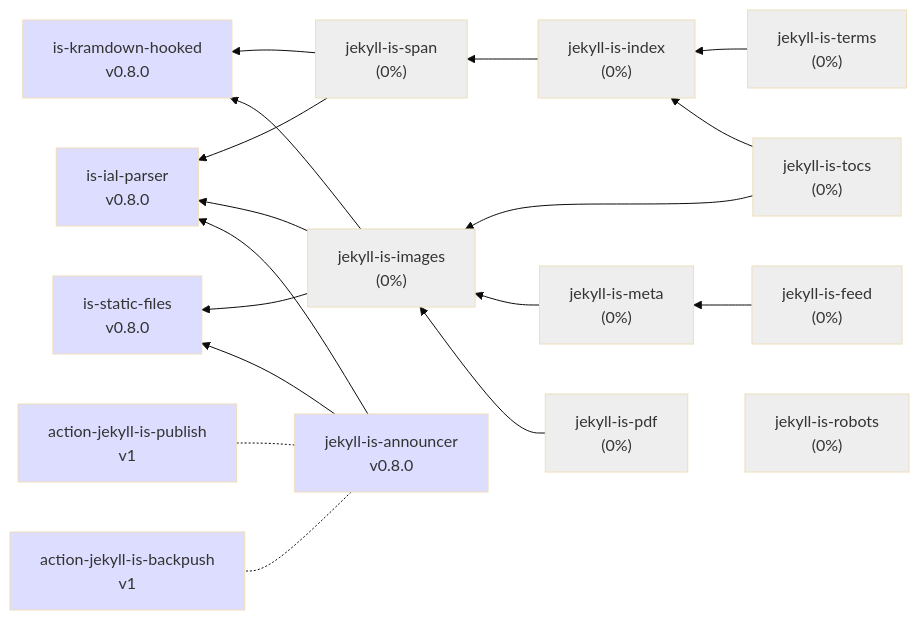
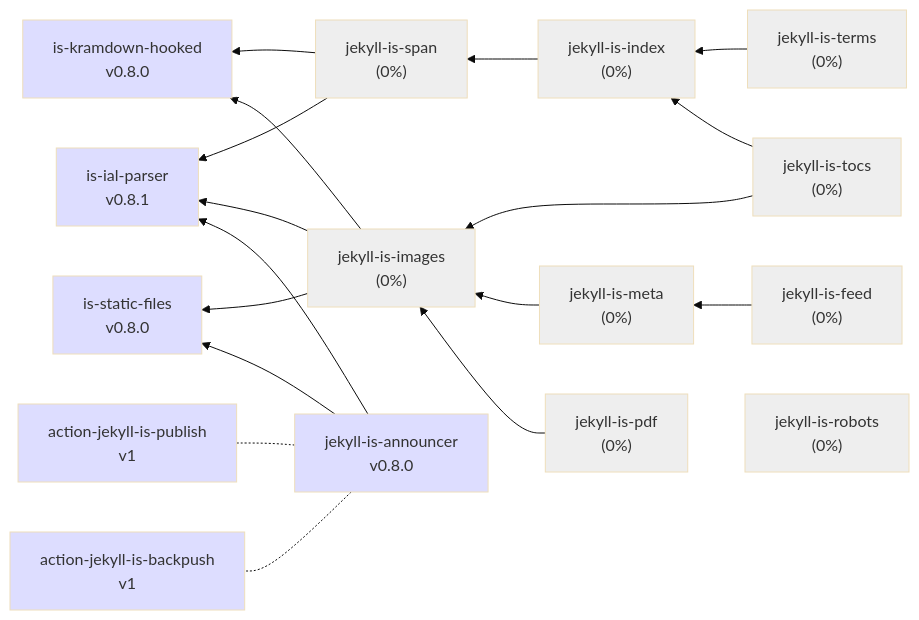
One commit to jekyll-is/.github changed the diagram in profile/README.md. Above: the diagram before and after it, drawn with Mermaid (base theme). The commit also changed other lines of this file, not shown here.

````diff
--- a/profile/README.md
+++ b/profile/README.md
@@ -7,61 +7,61 @@
 ```mermaid
 graph RL
   kramdown["is-kramdown-hooked<br>v0.8.0"]
-  ial["is-ial-parser<br>v0.8.0"]
+  ial["is-ial-parser<br>v0.8.1"]
   statics["is-static-files<br>v0.8.0"]
   span["jekyll-is-span<br>(0%)"] --> kramdown
   span --> ial
   images["jekyll-is-images<br>(0%)"] --> ial
   images --> kramdown
   images --> statics
   index["jekyll-is-index<br>(0%)"] --> span
   abbr["jekyll-is-terms<br>(0%)"] --> index
   tocs["jekyll-is-tocs<br>(0%)"] --> images
   tocs --> index
   meta["jekyll-is-meta<br>(0%)"] --> images
   feed["jekyll-is-feed<br>(0%)"] --> meta
   robots["jekyll-is-robots<br>(0%)"]
   announcer["jekyll-is-announcer<br>v0.8.0"] --> statics
   announcer --> ial
   pdf["jekyll-is-pdf<br>(0%)"] --> images
   act-publish["action-jekyll-is-publish<br>v1"]
   act-backpush["action-jekyll-is-backpush<br>v1"]
   announcer -.- act-publish
   announcer -.- act-backpush
 
 click ial "https://github.com/jekyll-is/is-ial-parser"
 click kramdown "https://github.com/jekyll-is/is-kramdown-hooked"
 click announcer "https://github.com/jekyll-is/jekyll-is-announcer"
 click act-publish "https://github.com/jekyll-is/action-jekyll-is-publish"
 click act-backpush "https://github.com/jekyll-is/action-jekyll-is-backpush"
 click images "https://github.com/jekyll-is/jekyll-is-images"
 click robots "https://github.com/jekyll-is/jekyll-is-robots"
 click meta "https://github.com/jekyll-is/jekyll-is-meta"
 click pdf "https://github.com/jekyll-is/jekyll-is-pdf"
 click tocs "https://github.com/jekyll-is/jekyll-is-tocs"
 click feed "https://github.com/jekyll-is/jekyll-is-feed"
 click index "https://github.com/jekyll-is/jekyll-is-index"
 click span "https://github.com/jekyll-is/jekyll-is-span"
 click abbr "https://github.com/jekyll-is/jekyll-is-terms"
 click statics "https://github.com/jekyll-is/is-static-files"
 
 classDef green fill:#DFD
 classDef gray fill:#EEE
 classDef blue fill:#DDF
 
 class ial blue
 class kramdown blue
 class images gray
 class announcer blue
 class act-publish blue
 class act-backpush blue
 class pdf gray
 class span gray
 class index gray
 class feed gray
 class meta gray
 class robots gray
 class tocs gray
 class abbr gray
 class statics blue
 ```
````
